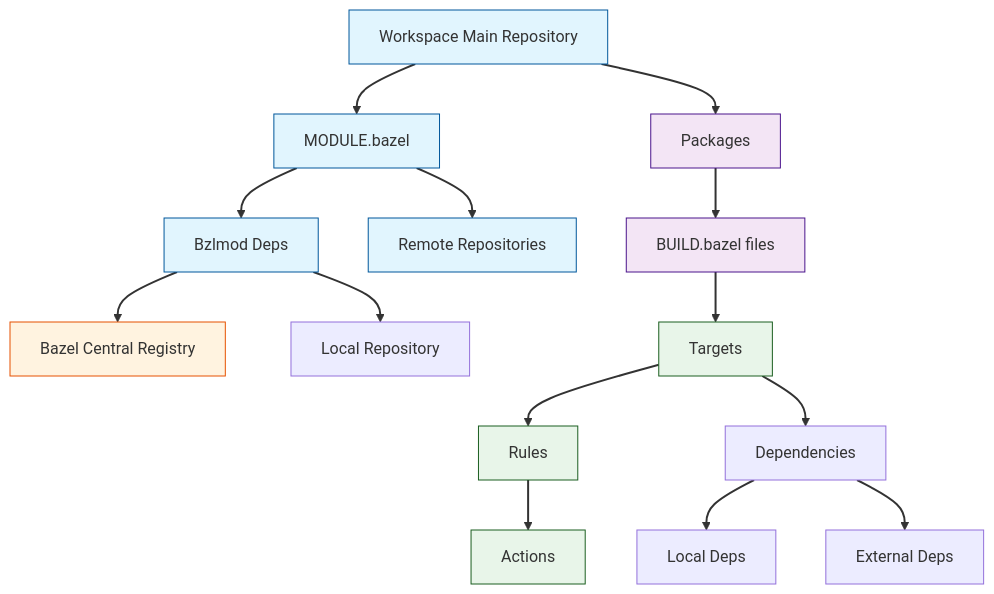
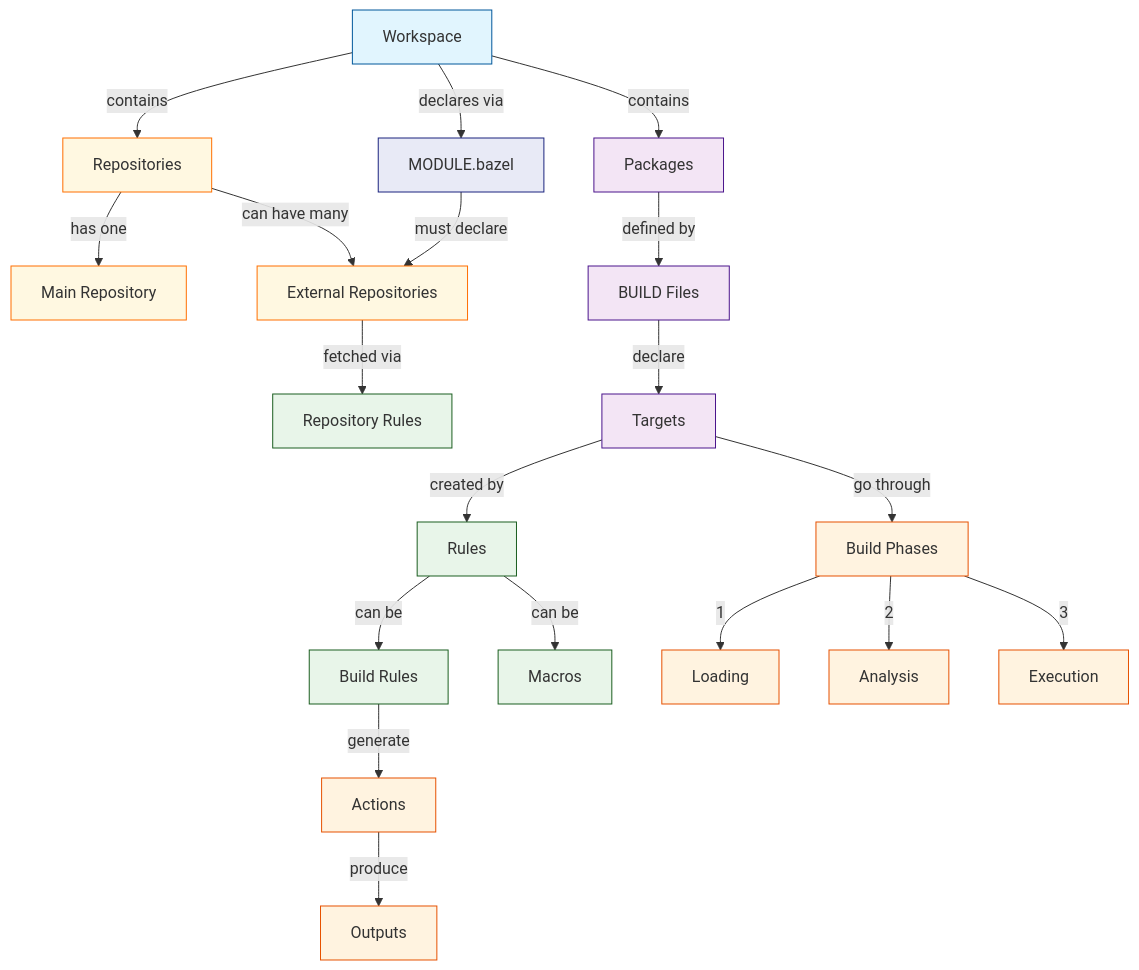
Before and after one commit to mikn/bazel-for-humans: the diagram in docs/concepts/core-concepts.md, drawn with Mermaid. The commit also changed other lines of this file and 40 other files, not shown here.

````diff
--- a/docs/concepts/core-concepts.md
+++ b/docs/concepts/core-concepts.md
@@ -7,42 +7,49 @@
 ```mermaid
 graph TD
+    %% Main Components
+    W[Workspace] --"contains"--> R[Repositories]
+    W --"contains"--> P[Packages]
+    W --"declares via"--> MOD[MODULE.bazel]
     
-    %% Workspace Level
-    W[Workspace Main Repository] --> M[MODULE.bazel]
-    W --> P[Packages]
-    
-    %% Module Level
-    M --> BD[Bzlmod Deps]
-    M --> UR[Remote Repositories]
-    BD --> BCR[Bazel Central Registry]
-    BD --> LR[Local Repository]
+    %% Repository Types
+    R --"has one"--> MR[Main Repository]
+    R --"can have many"--> ER[External Repositories]
+    MOD --"must declare"--> ER
+    ER --"fetched via"--> RR[Repository Rules]
     
     %% Package Level
-    P --> B[BUILD.bazel files]
-    B --> T[Targets]
+    P --"defined by"--> B[BUILD Files]
+    B --"declare"--> T[Targets]
     
     %% Rules and Targets
-    T --> RU[Rules]
-    RU --> A[Actions]
+    T --"created by"--> RU[Rules]
+    RU --"can be"--> BR[Build Rules]
+    RU --"can be"--> M[Macros]
     
-    %% Dependencies
-    T --> DEP[Dependencies]
-    DEP --> LD[Local Deps]
-    DEP --> ED[External Deps]
+    %% Build Process
+    BR --"generate"--> A[Actions]
+    A --"produce"--> O[Outputs]
+    
+    %% Build Phases
+    PHASE[Build Phases] --"1"--> L[Loading]
+    PHASE --"2"--> AN[Analysis]
+    PHASE --"3"--> EX[Execution]
+    
+    %% Connections
+    T --"go through"--> PHASE
     
     %% Styling
+    classDef workspace fill:#e1f5fe,stroke:#01579b
     classDef repo fill:#fff8e1,stroke:#ff6f00
-    classDef module fill:#e1f5fe,stroke:#01579b
-    classDef package fill:#f3e5f5,stroke:#4a148c
-    classDef target fill:#e8f5e9,stroke:#1b5e20
-    classDef registry fill:#fff3e0,stroke:#e65100
+    classDef build fill:#f3e5f5,stroke:#4a148c
+    classDef rules fill:#e8f5e9,stroke:#1b5e20
+    classDef process fill:#fff3e0,stroke:#e65100
+    classDef module fill:#e8eaf6,stroke:#1a237e
     
-    class R,GR repo
-    class W,M,BD,UR module
-    class P,B package
-    class T,RU,A target
-    class BCR,REP registry
-    
-    %% Labels
-    linkStyle default stroke-width:2px
+    class W workspace
+    class R,MR,ER repo
+    class P,B,T build
+    class RU,BR,M,RR rules
+    class A,O,PHASE,L,AN,EX process
+    class MOD module
 ```
````
